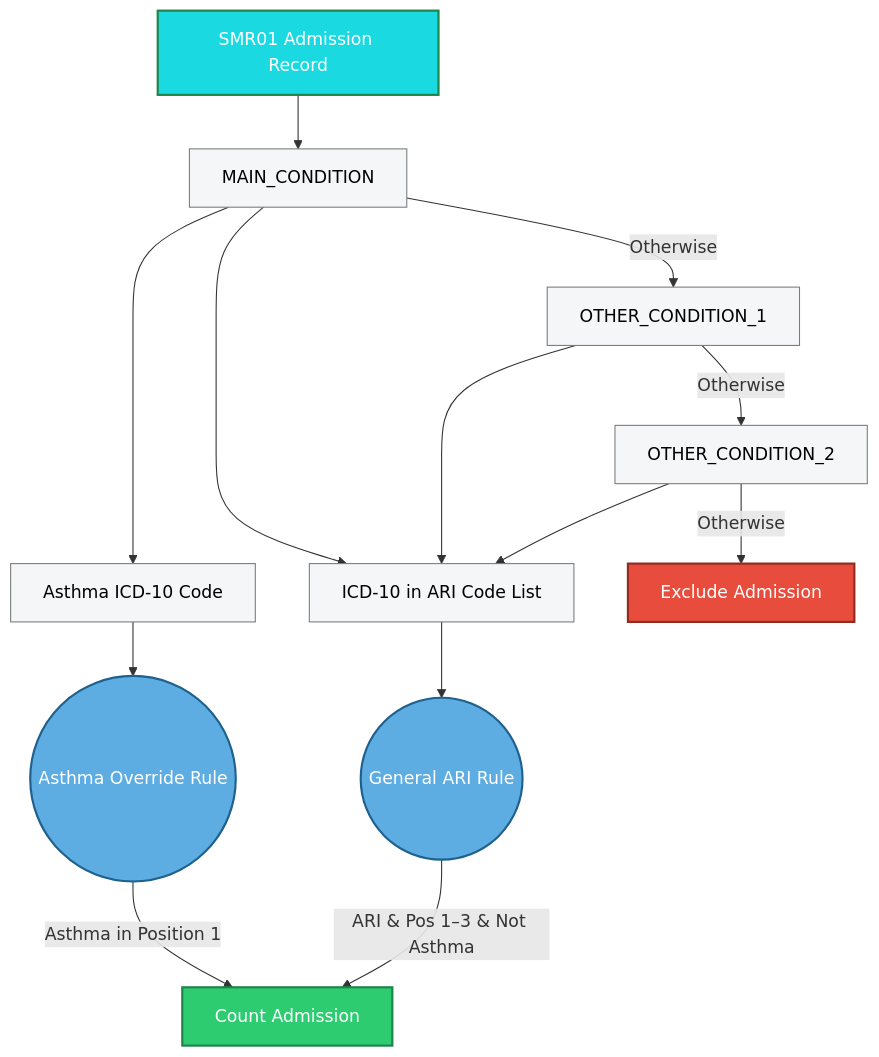
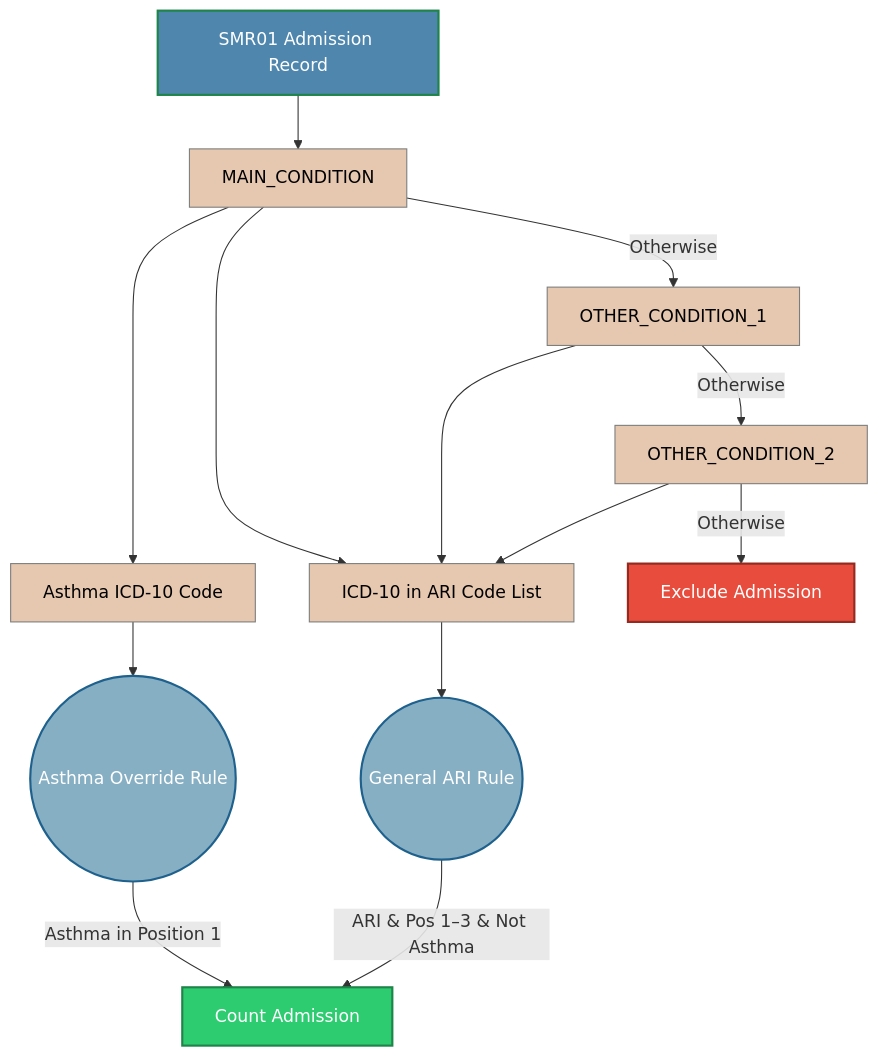
Before and after one commit to HomesHeatAndHealthyKids/DataLochAnalysis: the first of 3 diagrams in arI_category.md, drawn with Mermaid. The commit also changed other lines of this file and 1 other file, not shown here.

````diff
--- a/arI_category.md
+++ b/arI_category.md
@@ -9,72 +44,72 @@
 ```mermaid
 flowchart TB
 
     %% =========================
     %% Observed Variables
     %% =========================
     SMR_rec[SMR01 Admission Record]
     ICD_10_non_asthma[ICD-10 in ARI Code List]
     Diag_pos_1[MAIN_CONDITION]
     Diag_pos_2[OTHER_CONDITION_1]
     Diag_pos_3[OTHER_CONDITION_2]
     ICD10_asthma[Asthma ICD-10 Code]
 
     %% =========================
     %% Rule Nodes (Deterministic)
     %% =========================
     R_ari((General ARI Rule))
     R_asthma((Asthma Override Rule))
 
     %% =========================
     %% Outcomes
     %% =========================
     Y[Count Admission]
     N[Exclude Admission]
 
     %% =========================
     %% Causal Structure
     %% =========================
 
     SMR_rec --> Diag_pos_1
 
     %% Asthma override pathway
     Diag_pos_1 --> ICD10_asthma
     ICD10_asthma --> R_asthma
 
     %% General ARI pathway
     Diag_pos_1 --> ICD_10_non_asthma
 
     %% Not First position
     Diag_pos_1 --> |Otherwise| Diag_pos_2
-    Diag_pos_2 -->|Otherwise| Diag_pos_3
-    Diag_pos_3 -->|Otherwise| N
+    Diag_pos_2 --> |Otherwise| Diag_pos_3
+    Diag_pos_3 --> |Otherwise| N
 
     
     %% General ARI pathway
     ICD_10_non_asthma --> R_ari
     Diag_pos_2 --> ICD_10_non_asthma
     Diag_pos_3 --> ICD_10_non_asthma
 
 
     %% Override logic
     R_asthma -->|Asthma in Position 1| Y
 
     %% General rule applies only if not Asthma
     R_ari -->|ARI & Pos 1–3 & Not Asthma| Y
    
 
     %% =========================
     %% Styling
     %% =========================
-    classDef record fill:#1ad9e0,color:#ffffff,stroke:#1e8449,stroke-width:2px;
+    classDef record fill:#4E86AD,color:#ffffff,stroke:#1e8449,stroke-width:2px;
     classDef include fill:#2ecc71,color:#ffffff,stroke:#1e8449,stroke-width:2px;
     classDef exclude fill:#e74c3c,color:#ffffff,stroke:#922b21,stroke-width:2px;
-    classDef rule fill:#5dade2,color:#ffffff,stroke:#1f618d,stroke-width:2px;
-    classDef data fill:#f4f6f7,color:#000000,stroke:#7b7d7d,stroke-width:1px;
+    classDef rule fill:#86AFC4,color:#ffffff,stroke:#1f618d,stroke-width:2px;
+    classDef data fill:#E6C7AF,color:#000000,stroke:#7b7d7d,stroke-width:1px;
 
     class Y include
     class N exclude
     class R_ari,R_asthma rule
     class ICD_10_non_asthma,Diag_pos_1,Diag_pos_2,Diag_pos_3,ICD10_asthma data
     class SMR_rec record
 ```
````
